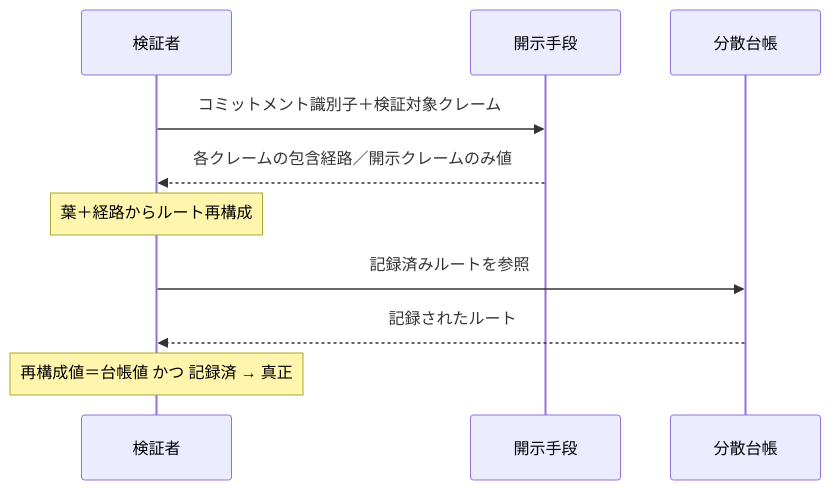
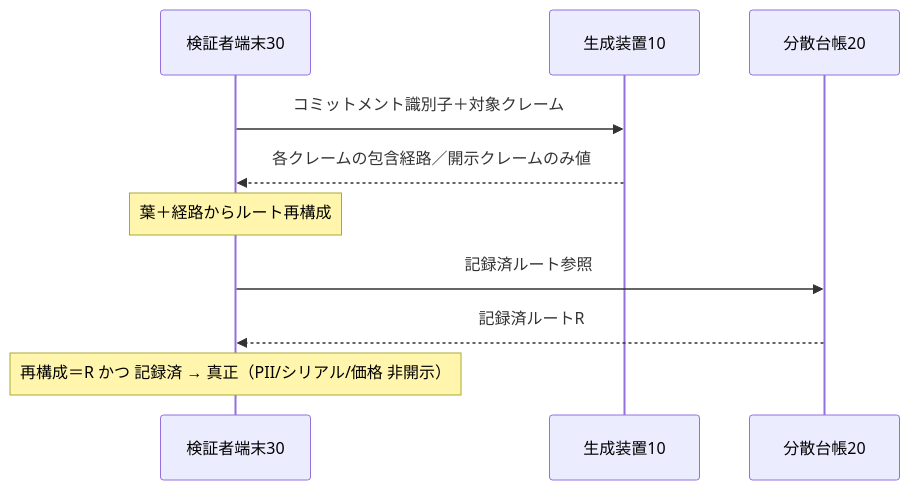
The fourth of 5 diagrams in docs/patents/drafts/明細書-06-zkp選択的開示.md (holy-auto/Ledra), drawn with Mermaid before and after one commit. The commit also changed other lines of this file and 3 other files, not shown here.

````diff
--- a/docs/patents/drafts/明細書-06-zkp選択的開示.md
+++ b/docs/patents/drafts/明細書-06-zkp選択的開示.md
@@ -158,12 +255,12 @@
 ```mermaid
 sequenceDiagram
-    participant I as 検証者
-    participant API as 開示手段
-    participant BC as 分散台帳
-    I->>API: コミットメント識別子＋検証対象クレーム
-    API-->>I: 各クレームの包含経路／開示クレームのみ値
-    Note over I: 葉＋経路からルート再構成
-    I->>BC: 記録済みルートを参照
-    BC-->>I: 記録されたルート
-    Note over I: 再構成値＝台帳値 かつ 記録済 → 真正
+    participant V as 検証者端末30
+    participant G as 生成装置10
+    participant B as 分散台帳20
+    V->>G: コミットメント識別子＋対象クレーム
+    G-->>V: 各クレームの包含経路／開示クレームのみ値
+    Note over V: 葉＋経路からルート再構成
+    V->>B: 記録済ルート参照
+    B-->>V: 記録済ルートR
+    Note over V: 再構成＝R かつ 記録済 → 真正（PII/シリアル/価格 非開示）
 ```
````
